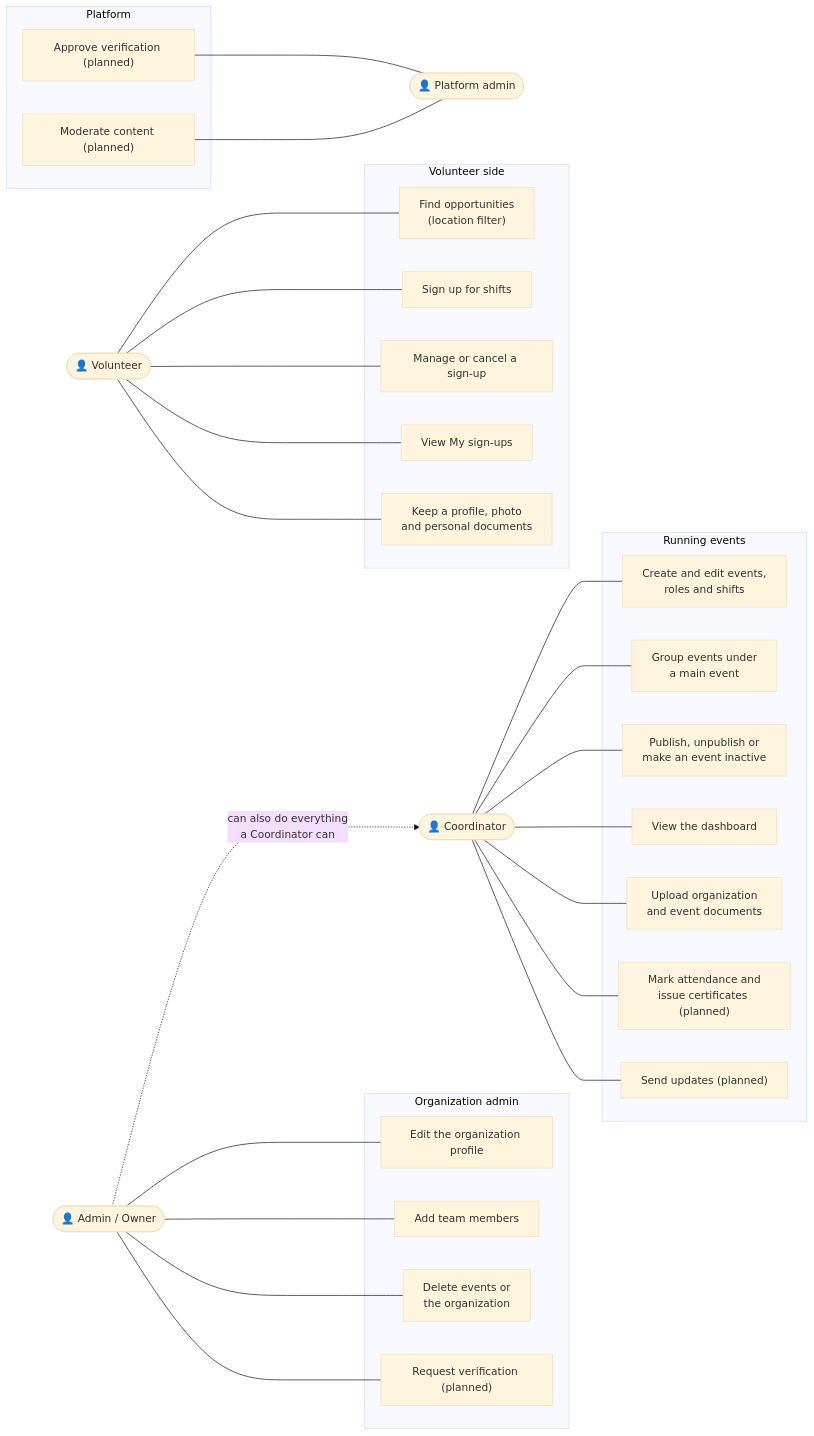
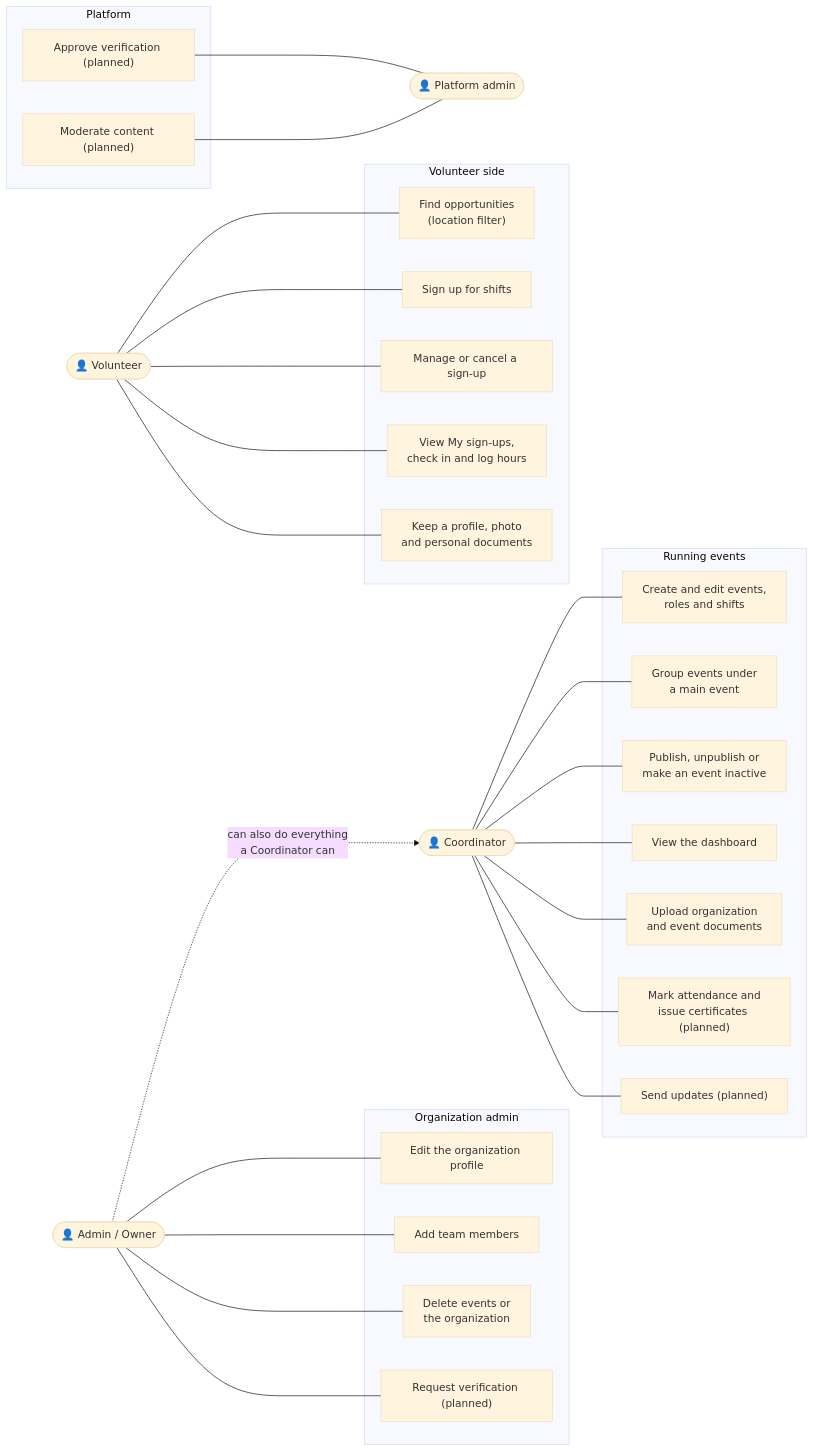
Before and after one commit to anbbala/sevak: the first of 9 diagrams in docs/DIAGRAMS.md, drawn with Mermaid (base theme). The commit also changed other lines of this file and 7 other files, not shown here.

First line of the commit message:
My sign-ups: check in, check out and log volunteer hours

````diff
--- a/docs/DIAGRAMS.md
+++ b/docs/DIAGRAMS.md
@@ -29,43 +29,43 @@
 ```mermaid
 flowchart LR
     V(["👤 Volunteer"])
     C(["👤 Coordinator"])
     A(["👤 Admin / Owner"])
     P(["👤 Platform admin"])
 
     subgraph Volunteer side
         UC1["Find opportunities<br/>(location filter)"]
         UC2["Sign up for shifts"]
         UC3["Manage or cancel a sign-up"]
-        UC4["View My sign-ups"]
+        UC4["View My sign-ups,<br/>check in and log hours"]
         UC5["Keep a profile, photo<br/>and personal documents"]
     end
 
     subgraph Running events
         UC6["Create and edit events,<br/>roles and shifts"]
         UC7["Group events under<br/>a main event"]
         UC8["Publish, unpublish or<br/>make an event inactive"]
         UC9["View the dashboard"]
         UC10["Upload organization<br/>and event documents"]
         UC11["Mark attendance and<br/>issue certificates (planned)"]
         UC12["Send updates (planned)"]
     end
 
     subgraph Organization admin
         UC13["Edit the organization profile"]
         UC14["Add team members"]
         UC15["Delete events or<br/>the organization"]
         UC16["Request verification (planned)"]
     end
 
     subgraph Platform
         UC17["Approve verification (planned)"]
         UC18["Moderate content (planned)"]
     end
 
     V --- UC1 & UC2 & UC3 & UC4 & UC5
     C --- UC6 & UC7 & UC8 & UC9 & UC10 & UC11 & UC12
     A -. "can also do everything<br/>a Coordinator can" .-> C
     A --- UC13 & UC14 & UC15 & UC16
     UC17 & UC18 --- P
 ```
````
